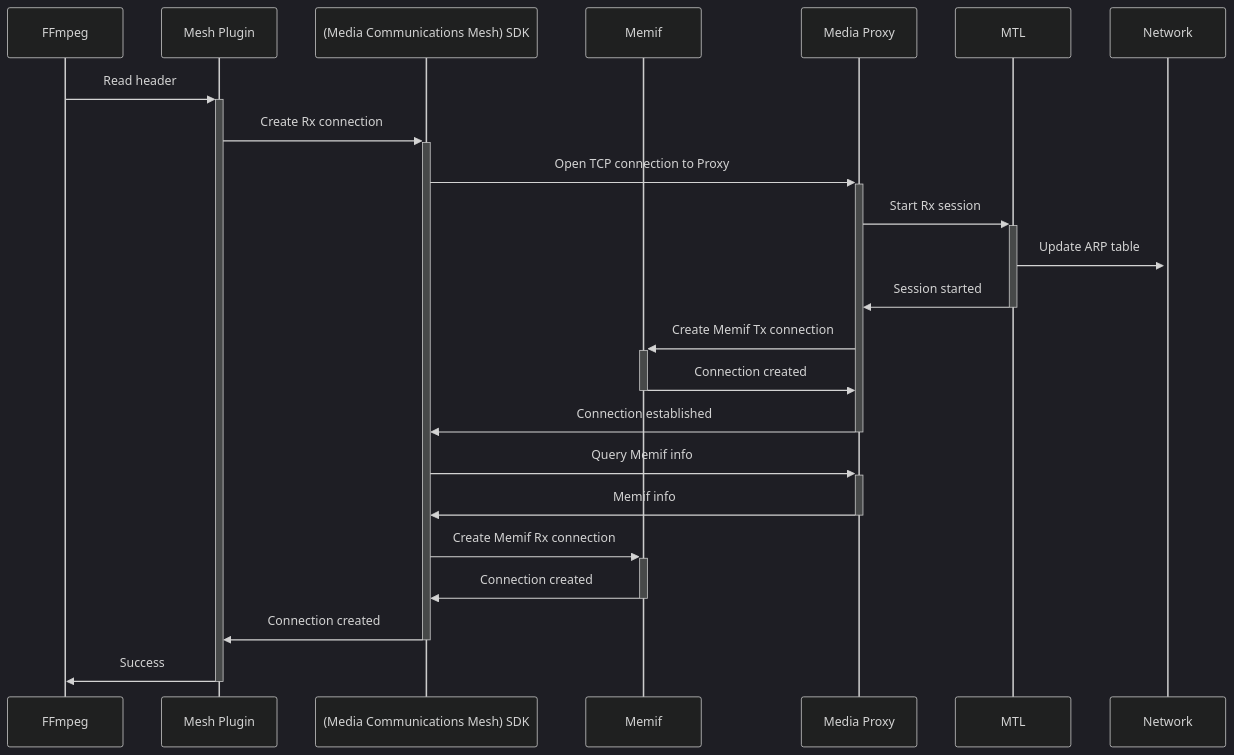
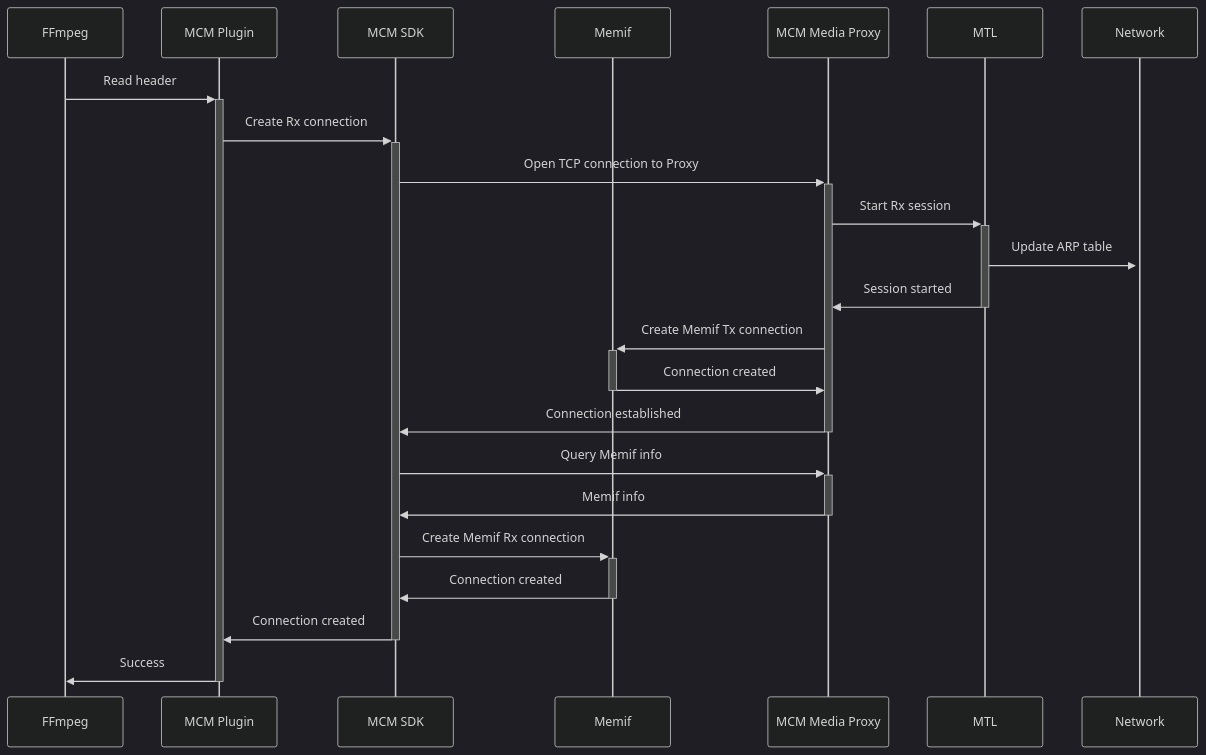
One commit to OpenVisualCloud/Media-Communications-Mesh changed the second of 4 diagrams in ffmpeg-plugin/RX_FLOW.md. Above: the diagram before and after it, drawn with Mermaid (dark theme). The commit also changed other lines of this file and 5 other files, not shown here.

````diff
--- a/ffmpeg-plugin/RX_FLOW.md
+++ b/ffmpeg-plugin/RX_FLOW.md
@@ -23,28 +23,28 @@
 ```mermaid
 sequenceDiagram
    participant ffmpeg as FFmpeg
-   participant mux as Mesh Plugin
-   participant sdk as (Media Communications Mesh) SDK
+   participant mux as MCM Plugin
+   participant sdk as MCM SDK
    participant memif as Memif
-   participant proxy as Media Proxy
+   participant proxy as MCM Media Proxy
    participant mtl as MTL
    participant network as Network
 
    ffmpeg ->>+ mux: Read header
    mux ->>+ sdk: Create Rx connection
    sdk ->>+ proxy: Open TCP connection to Proxy
    proxy ->>+ mtl: Start Rx session
    mtl ->>+ network: Update ARP table
    mtl ->>- proxy: Session started
    proxy ->>+ memif: Create Memif Tx connection
    memif ->>- proxy: Connection created
    proxy ->>- sdk: Connection established
 
    sdk ->>+ proxy: Query Memif info
    proxy ->>- sdk: Memif info
 
    sdk ->>+ memif: Create Memif Rx connection
    memif ->>- sdk: Connection created
    sdk ->>- mux: Connection created
    mux ->>- ffmpeg: Success
 ```
````
